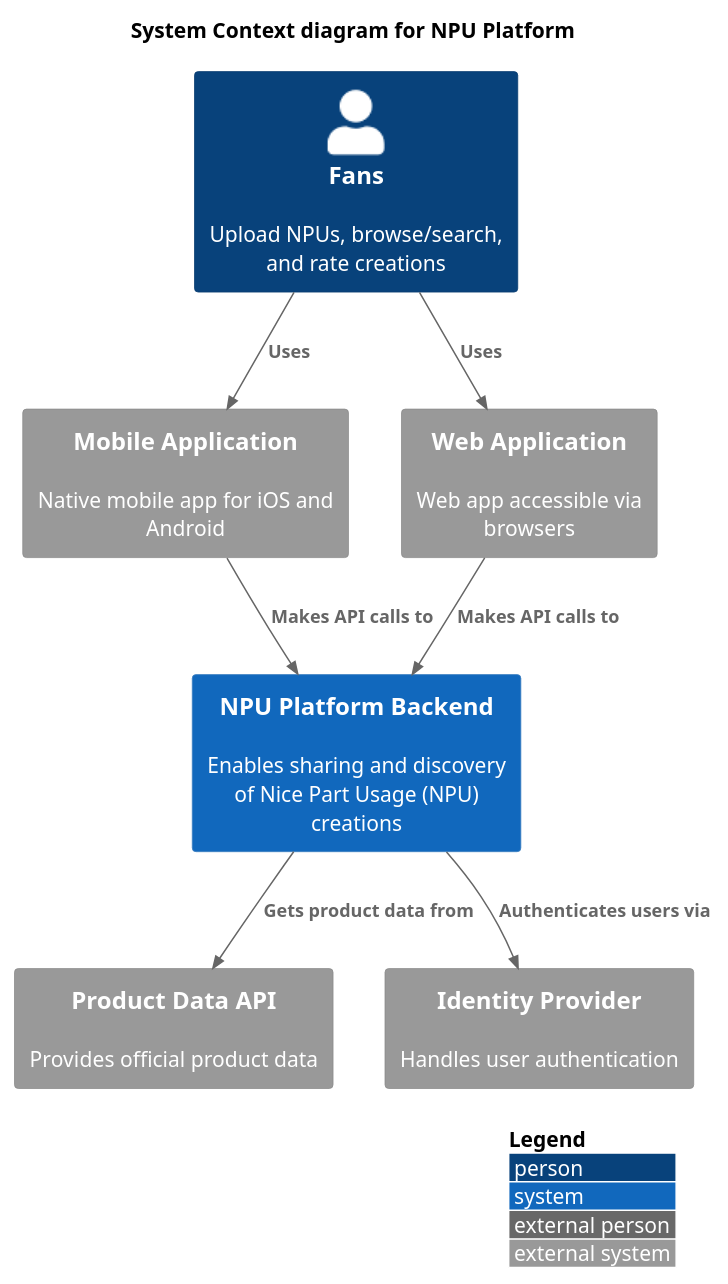
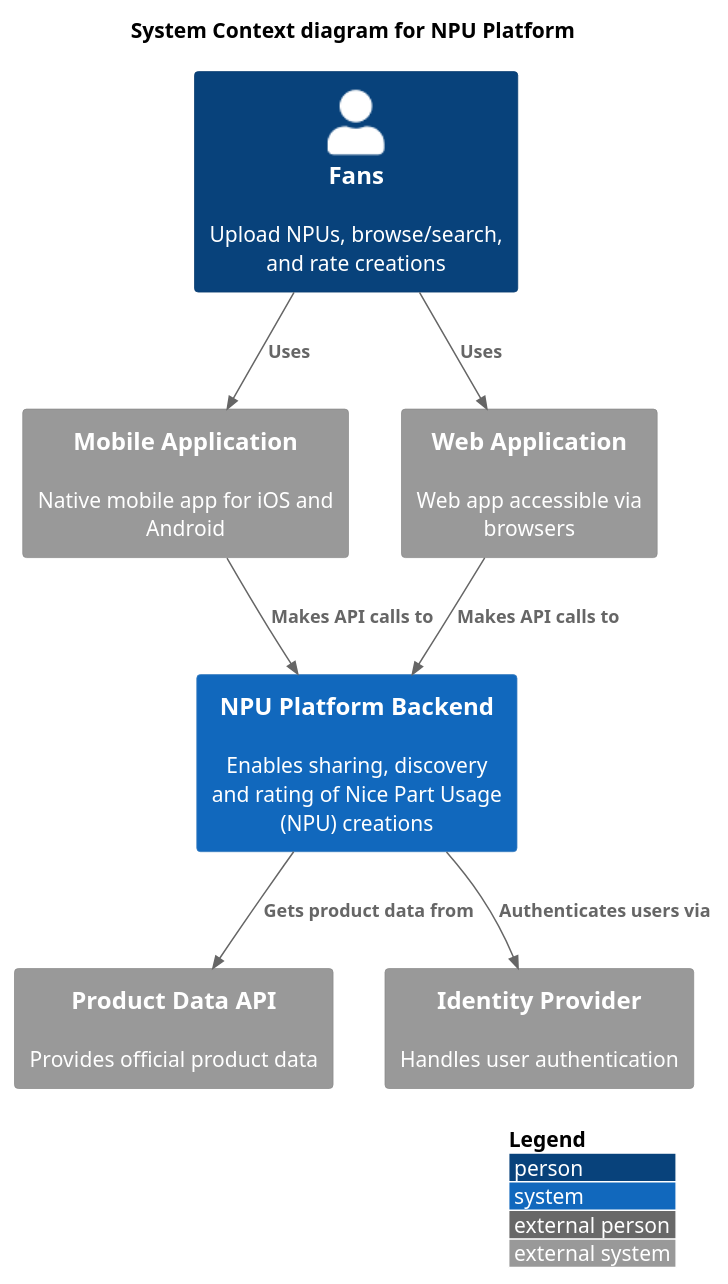
One commit to alin-plamadeala/NPU changed the diagram in architecture/c4context.puml. Above: the diagram before and after it, drawn with PlantUML. The commit also changed 3 other files, not shown here.

```diff
--- a/architecture/c4context.puml
+++ b/architecture/c4context.puml
@@ -1,27 +1,27 @@
 @startuml "NPU Platform - System Context"
 
 !include https://raw.githubusercontent.com/plantuml-stdlib/C4-PlantUML/master/C4_Context.puml
 
 ' Use C4 styling
 LAYOUT_WITH_LEGEND()
 
 title System Context diagram for NPU Platform
 
 Person(users, "Fans", "Upload NPUs, browse/search, and rate creations")
 
 System_Ext(mobileApp, "Mobile Application", "Native mobile app for iOS and Android")
 System_Ext(webApp, "Web Application", "Web app accessible via browsers")
 
-System(npuPlatform, "NPU Platform Backend", "Enables sharing and discovery of Nice Part Usage (NPU) creations")
+System(npuPlatform, "NPU Platform Backend", "Enables sharing, discovery and rating of Nice Part Usage (NPU) creations")
 
 System_Ext(productDataApi, "Product Data API", "Provides official product data")
 System_Ext(identityProvider, "Identity Provider", "Handles user authentication")
 
 Rel(users, mobileApp, "Uses")
 Rel(users, webApp, "Uses")
 Rel(mobileApp, npuPlatform, "Makes API calls to")
 Rel(webApp, npuPlatform, "Makes API calls to")
 Rel(npuPlatform, productDataApi, "Gets product data from")
 Rel(npuPlatform, identityProvider, "Authenticates users via")
 
 @enduml
```
